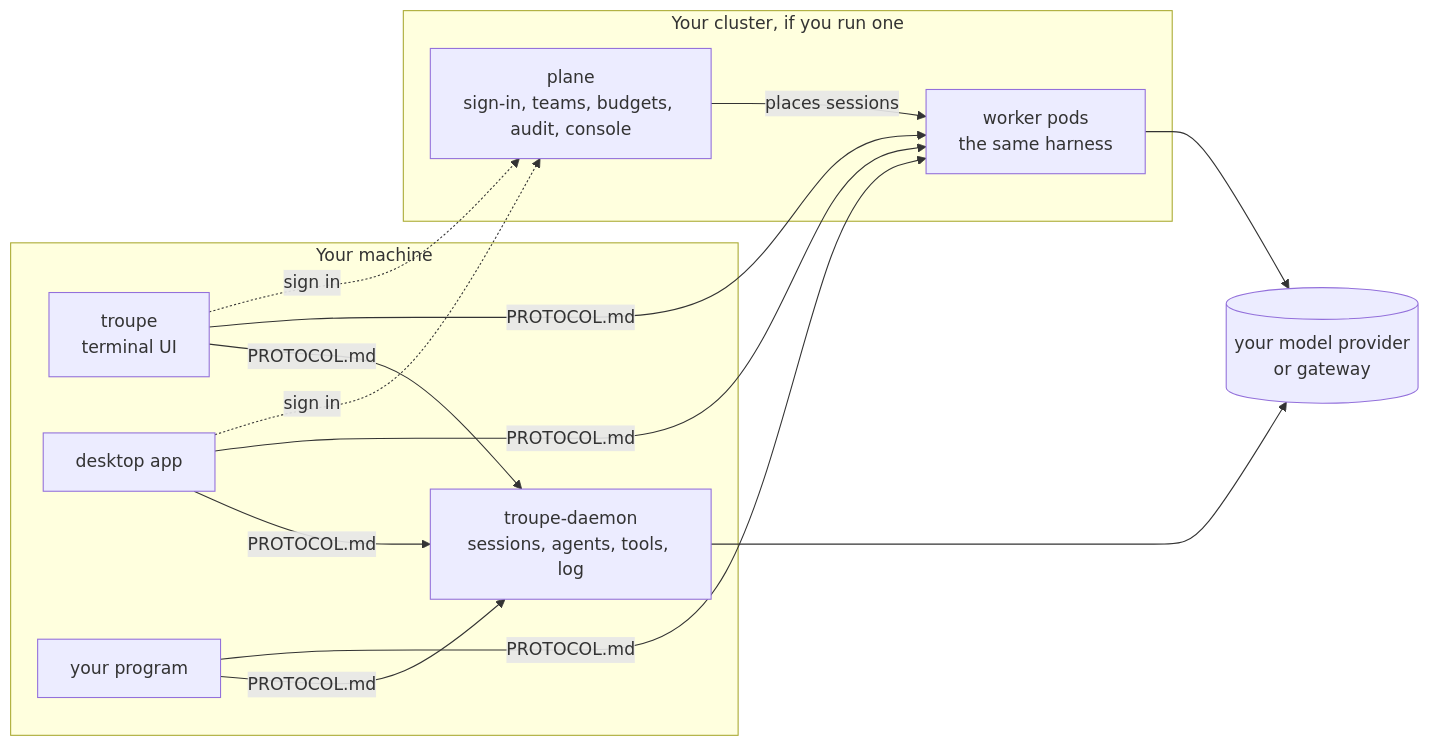
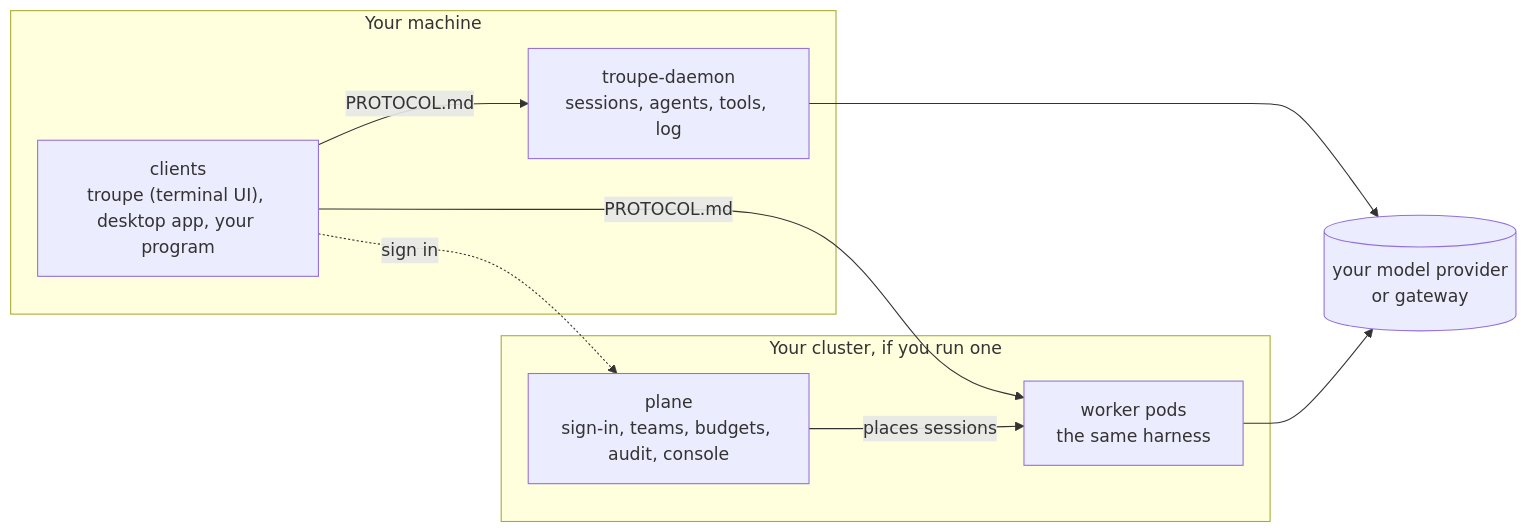
One commit to it-minds/troupe changed the diagram in README.md. Above: the diagram before and after it, drawn with Mermaid. The commit also changed other lines of this file and 6 other files, not shown here.

First line of the commit message:
The front door shows the desktop app, the TUI and the console, with example data

````diff
--- a/README.md
+++ b/README.md
@@ -16,19 +16,18 @@
 ```mermaid
 flowchart LR
   subgraph machine["Your machine"]
-    tui["troupe<br/>terminal UI"]
-    app["desktop app"]
-    own["your program"]
+    clients["clients<br/>troupe (terminal UI), desktop app, your program"]
     daemon["troupe-daemon<br/>sessions, agents, tools, log"]
   end
   subgraph cluster["Your cluster, if you run one"]
     plane["plane<br/>sign-in, teams, budgets, audit, console"]
     pods["worker pods<br/>the same harness"]
   end
   llm[("your model provider<br/>or gateway")]
-  tui & app & own -->|PROTOCOL.md| daemon
-  tui & app & own -->|PROTOCOL.md| pods
-  tui & app -.->|sign in| plane
+  clients -->|PROTOCOL.md| daemon
+  clients -->|PROTOCOL.md| pods
+  clients -.->|sign in| plane
   plane -->|places sessions| pods
-  daemon & pods --> llm
+  daemon --> llm
+  pods --> llm
 ```
````
